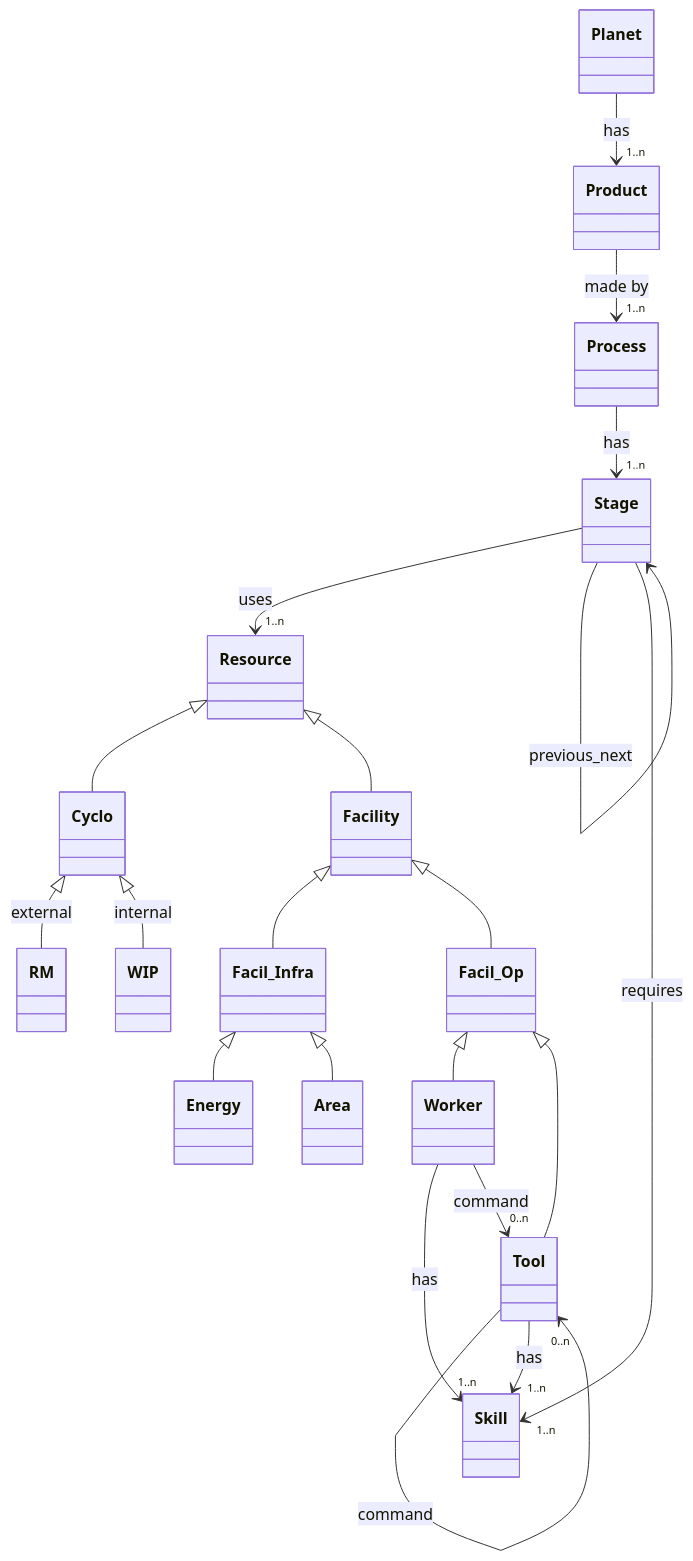
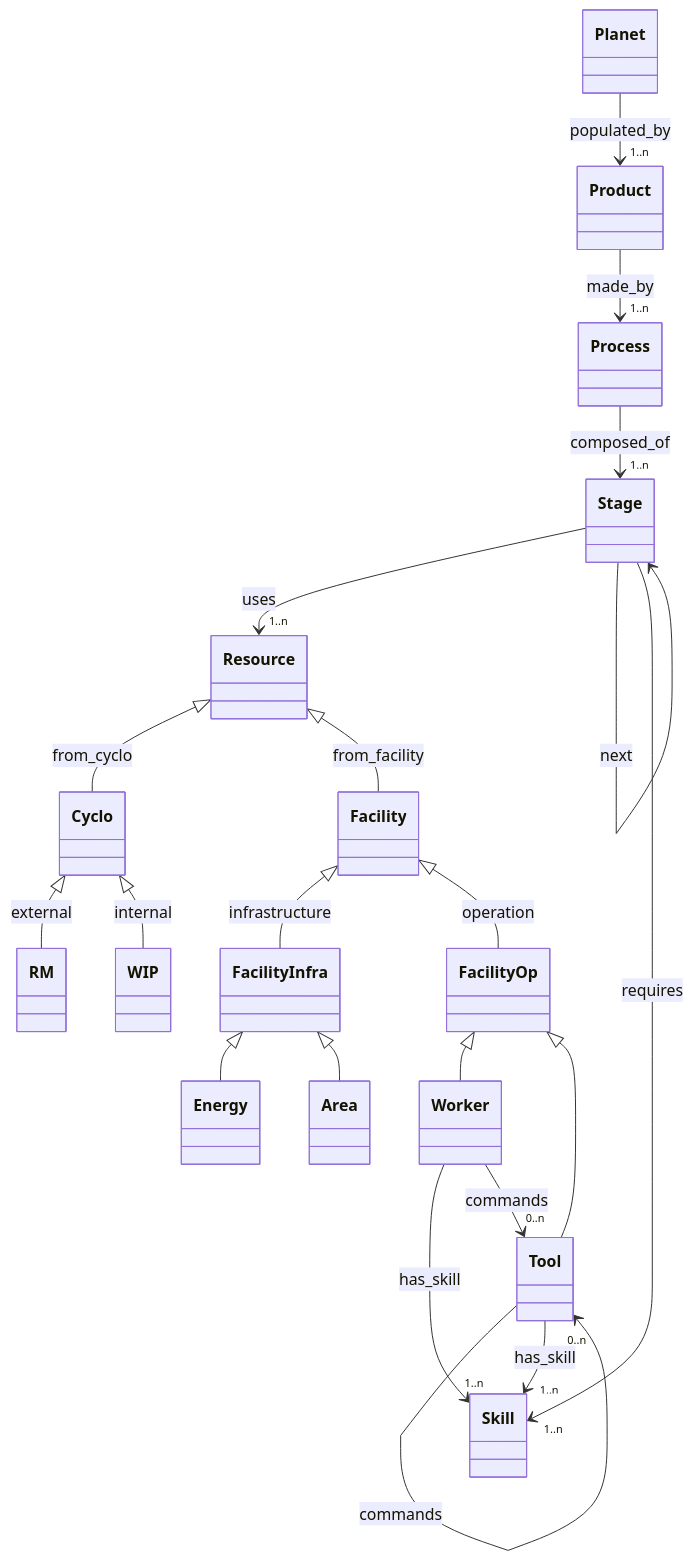
One commit to bampli/doc changed the first of 3 diagrams in docs/content/posts/times-of-gain.md. Above: the diagram before and after it, drawn with Mermaid. The commit also changed other lines of this file, not shown here.

Commit message:
rev graph model

```diff
--- a/docs/content/posts/times-of-gain.md
+++ b/docs/content/posts/times-of-gain.md
@@ -23,23 +23,24 @@
 {{< mermaid >}}
 classDiagram
-    Planet --> "1..n" Product : has
-    Product --> "1..n" Process : made by
-    Process --> "1..n" Stage : has
+    Planet --> "1..n" Product : populated_by
+    Product --> "1..n" Process : made_by
+    Process --> "1..n" Stage : composed_of
     Stage --> "1..n" Resource : uses
-    Stage --> Stage : previous_next
-    Worker --> "1..n" Skill : has
-    Worker --> "0..n" Tool : command
-    Tool --> "0..n" Tool : command
-    Tool --> "1..n" Skill : has
-    Resource <|-- Cyclo
+    Stage --> Stage : previous
+    Stage --> Stage : next
+    Worker --> "1..n" Skill : has_skill
+    Worker --> "0..n" Tool : commands
+    Tool --> "0..n" Tool : commands
+    Tool --> "1..n" Skill : has_skill
+    Resource <|-- Cyclo : from_cyclo
     Cyclo <|-- RM : external
     Cyclo <|-- WIP : internal
-    Resource <|-- Facility
-    Facility <|-- Facil_Infra
-    Facil_Infra <|-- Energy
-    Facil_Infra <|-- Area
-    Facility <|-- Facil_Op
-    Facil_Op <|-- Worker
-    Facil_Op <|-- Tool
+    Resource <|-- Facility : from_facility
+    Facility <|-- FacilityInfra : infrastructure
+    FacilityInfra <|-- Energy
+    FacilityInfra <|-- Area
+    Facility <|-- FacilityOp : operation
+    FacilityOp <|-- Worker
+    FacilityOp <|-- Tool
     Stage --> "1..n" Skill : requires
 {{< /mermaid >}}
```
